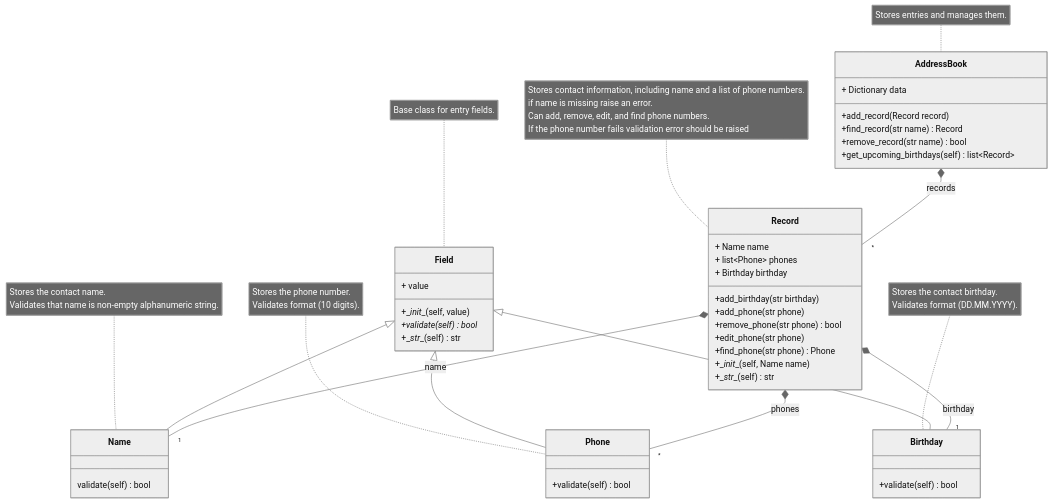
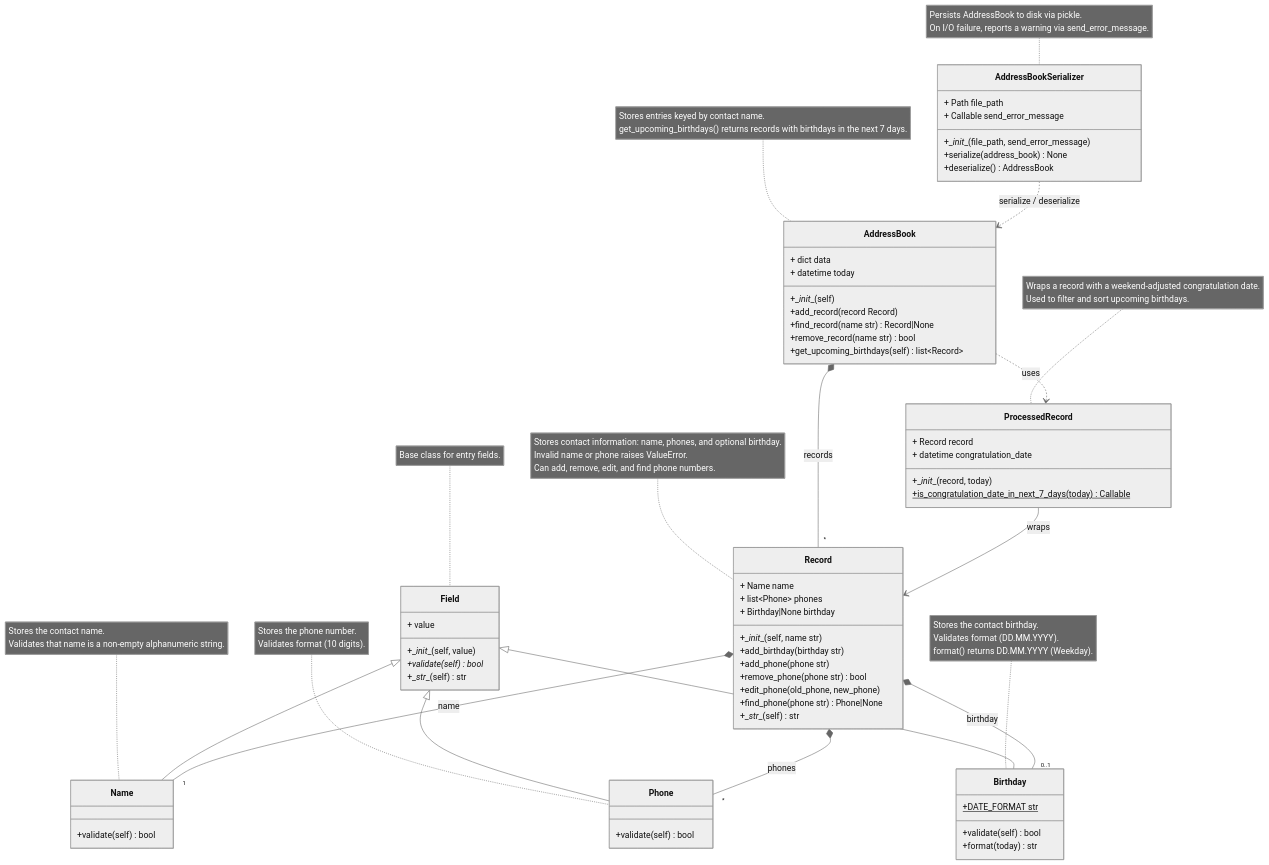
Before and after one commit to mykhailo-zhar/goit-pycore-personal-assistant: the diagram in docs/source/class-diagram.rst, drawn with Mermaid (neutral theme). The commit also changed other lines of this file and 19 other files, not shown here.

```diff
--- a/docs/source/class-diagram.rst
+++ b/docs/source/class-diagram.rst
@@ -7,59 +8,84 @@
 .. mermaid::
   
   classDiagram
-  direction TB
-
-  class Field {
-    + value
-    +\__init__(self, value)
-    +validate(self) bool*
-    +\__str__(self) str
-  }
-
-  class Name {
-    validate(self) bool
-  }
-  class Phone {
-    +validate(self) bool
-  }
-  class Birthday {
-    +validate(self) bool
-  }
-  class Record {
-    + Name name
-    + list~Phone~ phones
-    + Birthday birthday
-
-    +add_birthday(str birthday)
-    +add_phone(str phone)
-    +remove_phone(str phone) bool
-    +edit_phone(str phone)
-    +find_phone(str phone) Phone
-    +\__init__(self, Name name)
-    +\__str__(self) str
-  }
-  class AddressBook {
-    + Dictionary data
-    +add_record(Record record)
-    +find_record(str name) Record
-    +remove_record(str name) bool
-
-    +get_upcoming_birthdays(self) list~Record~
-  }
-
-  Field <|-- Name
-  Field <|-- Phone
-  Field <|-- Birthday
-
-  Record *-- "1" Name : name
-  Record *-- "*" Phone : phones
-  Record *-- "1" Birthday : birthday
-
-  AddressBook *-- "*" Record : records
-
-  note for Field "Base class for entry fields."
-  note for Birthday "Stores the contact birthday. <br/> Validates format (DD.MM.YYYY)."
-  note for Name "Stores the contact name. <br/> Validates that name is non-empty alphanumeric string."
-  note for Phone "Stores the phone number. <br/> Validates format (10 digits)."
-  note for Record "Stores contact information, including name and a list of phone numbers. <br/> if name is missing raise an error. <br/> Can add, remove, edit, and find phone numbers. <br/> If the phone number fails validation error should be raised"
-  note for AddressBook "Stores entries and manages them."
+    direction TB
+  
+    class Field {
+      + value
+      +\__init__(self, value)
+      +validate(self) bool*
+      +\__str__(self) str
+    }
+  
+    class Name {
+      +validate(self) bool
+    }
+    class Phone {
+      +validate(self) bool
+    }
+    class Birthday {
+      +DATE_FORMAT str$
+      +validate(self) bool
+      +format(today) str
+    }
+    class Record {
+      + Name name
+      + list~Phone~ phones
+      + Birthday|None birthday
+  
+      +\__init__(self, name str)
+      +add_birthday(birthday str)
+      +add_phone(phone str)
+      +remove_phone(phone str) bool
+      +edit_phone(old_phone, new_phone)
+      +find_phone(phone str) Phone|None
+      +\__str__(self) str
+    }
+    class AddressBook {
+      + dict data
+      + datetime today
+  
+      +\__init__(self)
+      +add_record(record Record)
+      +find_record(name str) Record|None
+      +remove_record(name str) bool
+      +get_upcoming_birthdays(self) list~Record~
+    }
+    class ProcessedRecord {
+      + Record record
+      + datetime congratulation_date
+  
+      +\__init__(record, today)
+      +is_congratulation_date_in_next_7_days(today)$ Callable
+    }
+    class AddressBookSerializer {
+      + Path file_path
+      + Callable send_error_message
+  
+      +\__init__(file_path, send_error_message)
+      +serialize(address_book) None
+      +deserialize() AddressBook
+    }
+  
+    Field <|-- Name
+    Field <|-- Phone
+    Field <|-- Birthday
+  
+    Record *-- "1" Name : name
+    Record *-- "*" Phone : phones
+    Record *-- "0..1" Birthday : birthday
+  
+    AddressBook *-- "*" Record : records
+    AddressBook ..> ProcessedRecord : uses
+    ProcessedRecord --> Record : wraps
+  
+    AddressBookSerializer ..> AddressBook : serialize / deserialize
+  
+    note for Field "Base class for entry fields."
+    note for Birthday "Stores the contact birthday. <br/> Validates format (DD.MM.YYYY). <br/> format() returns DD.MM.YYYY (Weekday)."
+    note for Name "Stores the contact name. <br/> Validates that name is a non-empty alphanumeric string."
+    note for Phone "Stores the phone number. <br/> Validates format (10 digits)."
+    note for Record "Stores contact information: name, phones, and optional birthday. <br/> Invalid name or phone raises ValueError. <br/> Can add, remove, edit, and find phone numbers."
+    note for AddressBook "Stores entries keyed by contact name. <br/> get_upcoming_birthdays() returns records with birthdays in the next 7 days."
+    note for ProcessedRecord "Wraps a record with a weekend-adjusted congratulation date. <br/> Used to filter and sort upcoming birthdays."
+    note for AddressBookSerializer "Persists AddressBook to disk via pickle. <br/> On I/O failure, reports a warning via send_error_message."
```
